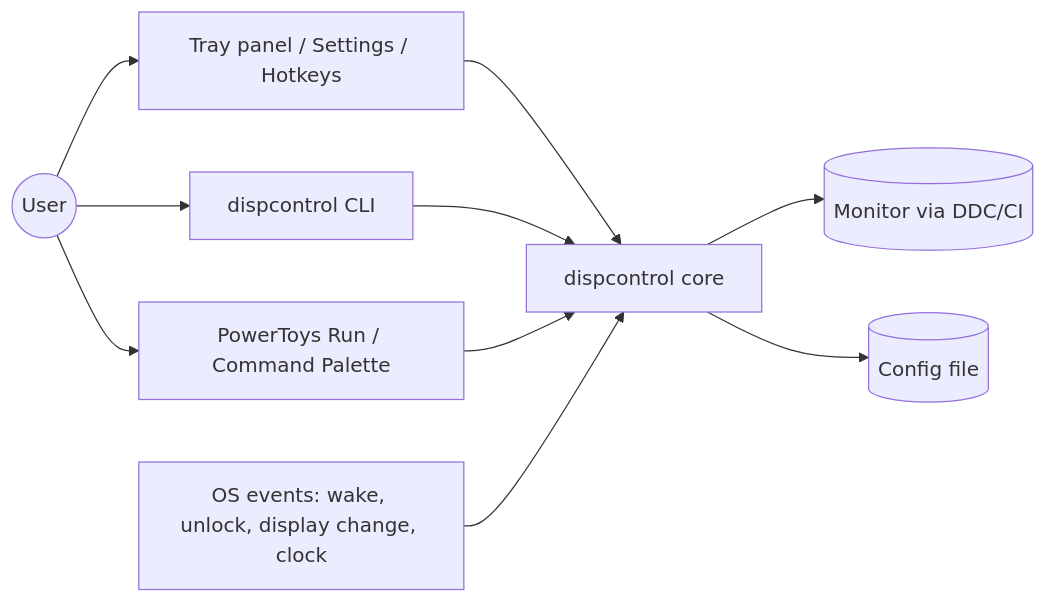
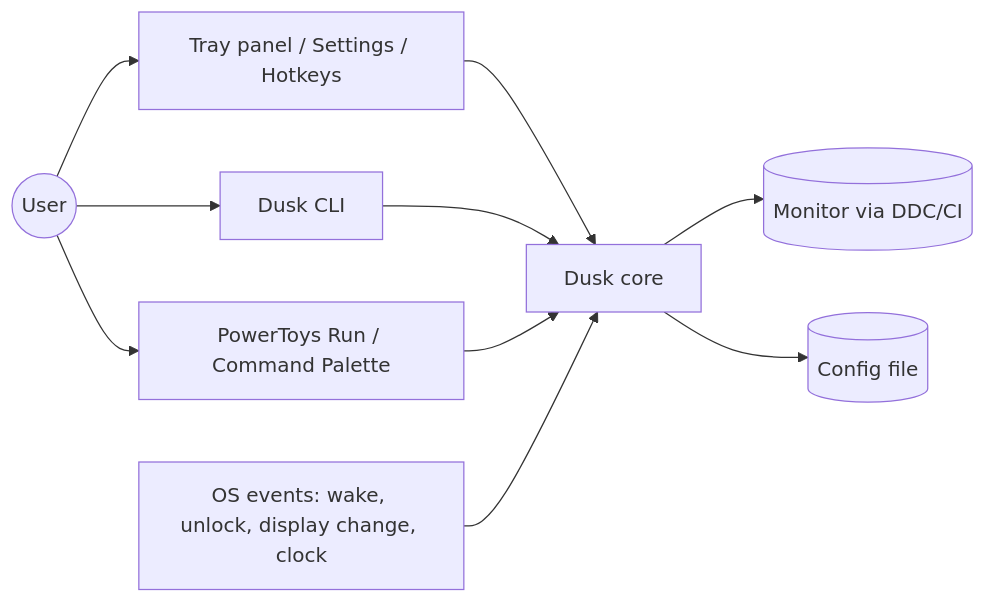
The first of 4 diagrams in ARCH.md (Einhorntom/Dusk), drawn with Mermaid before and after one commit. The commit also changed other lines of this file and 85 other files, not shown here.

````diff
--- a/ARCH.md
+++ b/ARCH.md
@@ -54,12 +54,12 @@
 ```mermaid
 flowchart LR
   User((User)) --> Tray[Tray panel / Settings / Hotkeys]
-  User --> CLI[dispcontrol CLI]
+  User --> CLI[Dusk CLI]
   User --> PT[PowerToys Run / Command Palette]
   Tray --> Core
   CLI --> Core
   PT --> Core
-  Core[dispcontrol core] --> HW[(Monitor via DDC/CI)]
+  Core[Dusk core] --> HW[(Monitor via DDC/CI)]
   Core --> FS[(Config file)]
   OS[OS events: wake, unlock, display change, clock] --> Core
 ```
````
